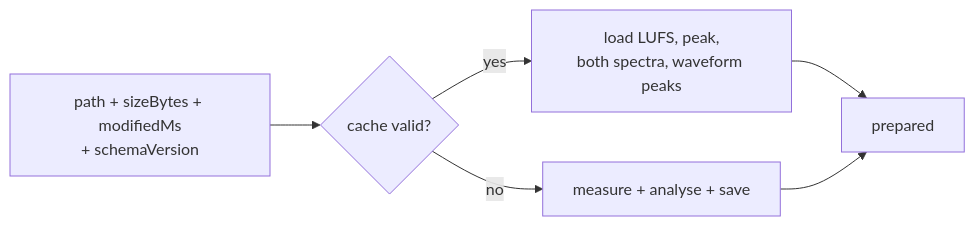
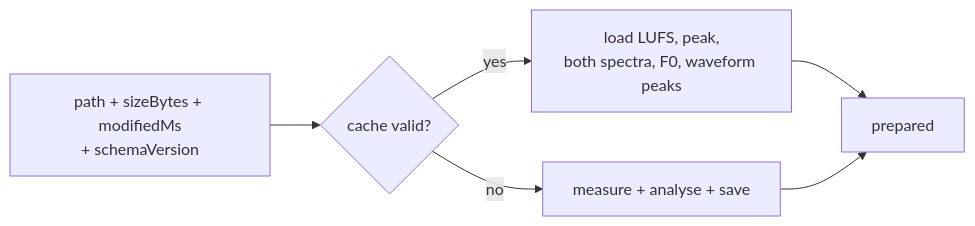
Before and after one commit to wujekd/voice-control: diagram 13 of 14 in docs/audio-processing-architecture.md, drawn with Mermaid. The commit also changed other lines of this file and 12 other files, not shown here.

````diff
--- a/docs/audio-processing-architecture.md
+++ b/docs/audio-processing-architecture.md
@@ -450,8 +483,8 @@
 ```mermaid
 flowchart LR
     KEY["path + sizeBytes + modifiedMs<br/>+ schemaVersion"] --> VALID{"cache valid?"}
-    VALID -->|"yes"| LOAD["load LUFS, peak,<br/>both spectra, waveform peaks"]
+    VALID -->|"yes"| LOAD["load LUFS, peak,<br/>both spectra, F0, waveform peaks"]
     VALID -->|"no"| COMPUTE["measure + analyse + save"]
     LOAD --> READY["prepared"]
     COMPUTE --> READY
 ```
````
